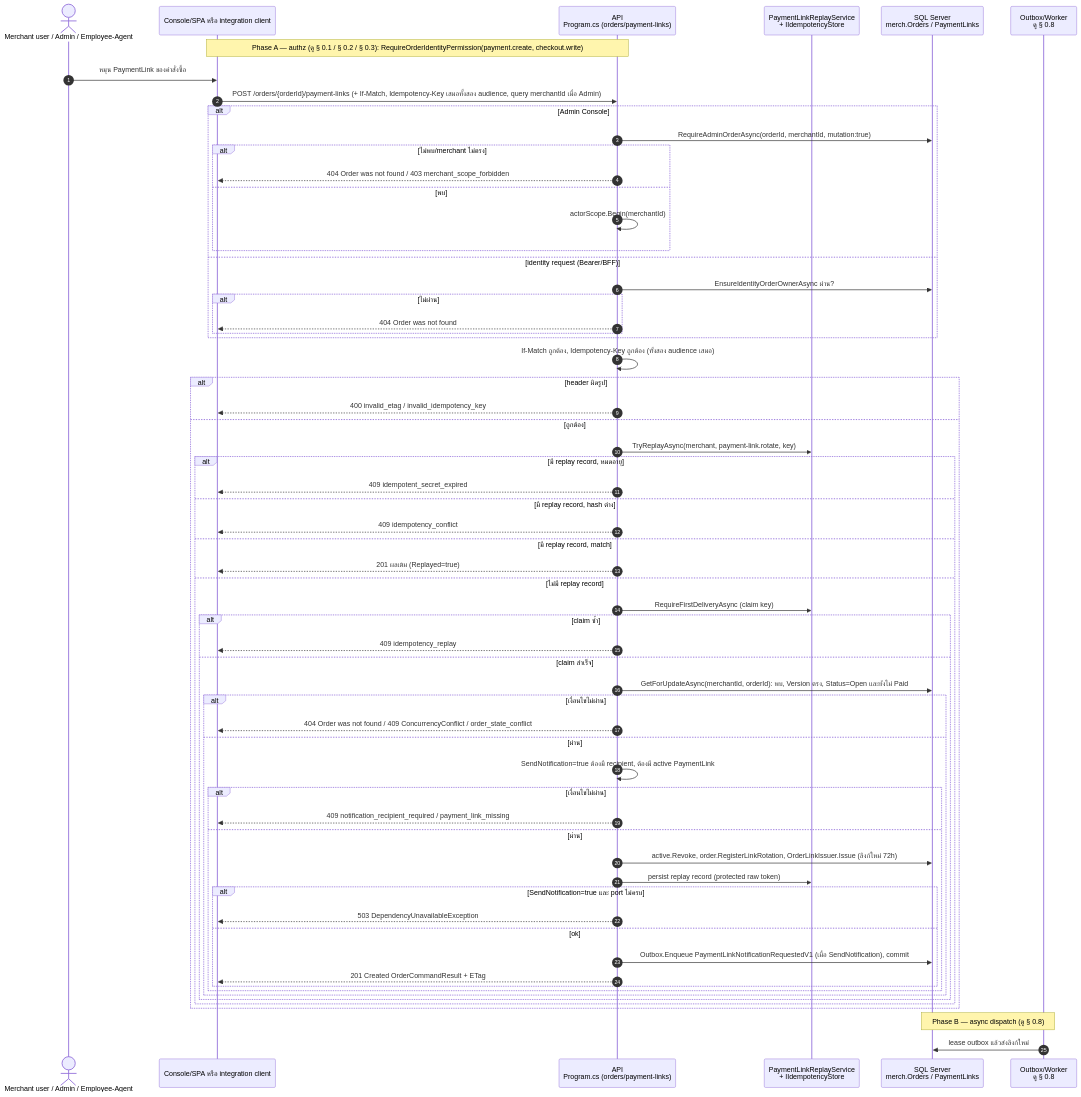
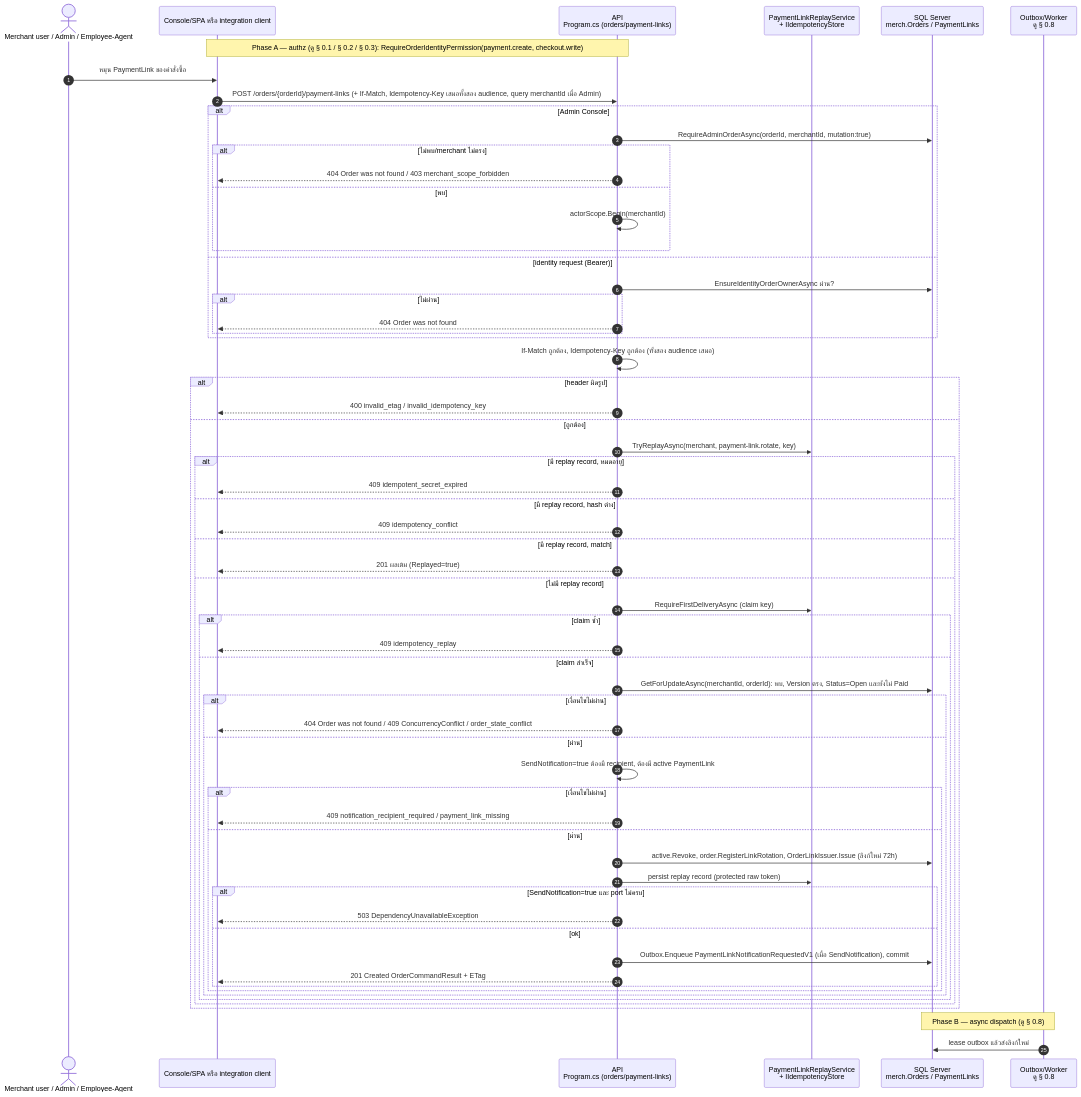
One commit to metrodiesign/pol-core changed the eighth of 10 diagrams in outputs/diagrams/2026-09-14_api-endpoints_v1/04-carts-products-orders.sequences.md. Above: the diagram before and after it, drawn with Mermaid. The commit also changed other lines of this file and 42 other files, not shown here.

First line of the commit message:
docs: align reference docs and the API diagram set with the Bearer-only admin plane

````diff
--- a/outputs/diagrams/2026-09-14_api-endpoints_v1/04-carts-products-orders.sequences.md
+++ b/outputs/diagrams/2026-09-14_api-endpoints_v1/04-carts-products-orders.sequences.md
@@ -548,66 +548,66 @@
 ```mermaid
 sequenceDiagram
     autonumber
     actor U as Merchant user / Admin / Employee-Agent
     participant CON as Console/SPA หรือ integration client
     participant API as API<br/>Program.cs (orders/payment-links)
     participant REPLAY as PaymentLinkReplayService<br/>+ IIdempotencyStore
     participant DB as SQL Server<br/>merch.Orders / PaymentLinks
     participant OB as Outbox/Worker<br/>ดู § 0.8
 
     Note over CON,API: Phase A — authz (ดู § 0.1 / § 0.2 / § 0.3): RequireOrderIdentityPermission(payment.create, checkout.write)
     U->>CON: หมุน PaymentLink ของคำสั่งซื้อ
     CON->>API: POST /orders/{orderId}/payment-links (+ If-Match, Idempotency-Key เสมอทั้งสอง audience, query merchantId เมื่อ Admin)
     alt Admin Console
         API->>DB: RequireAdminOrderAsync(orderId, merchantId, mutation:true)
         alt ไม่พบ/merchant ไม่ตรง
             API-->>CON: 404 Order was not found / 403 merchant_scope_forbidden
         else พบ
             API->>API: actorScope.Begin(merchantId)
         end
-    else identity request (Bearer/BFF)
+    else identity request (Bearer)
         API->>DB: EnsureIdentityOrderOwnerAsync ผ่าน?
         alt ไม่ผ่าน
             API-->>CON: 404 Order was not found
         end
     end
     API->>API: If-Match ถูกต้อง, Idempotency-Key ถูกต้อง (ทั้งสอง audience เสมอ)
     alt header ผิดรูป
         API-->>CON: 400 invalid_etag / invalid_idempotency_key
     else ถูกต้อง
         API->>REPLAY: TryReplayAsync(merchant, payment-link.rotate, key)
         alt มี replay record, หมดอายุ
             API-->>CON: 409 idempotent_secret_expired
         else มี replay record, hash ต่าง
             API-->>CON: 409 idempotency_conflict
         else มี replay record, match
             API-->>CON: 201 ผลเดิม (Replayed=true)
         else ไม่มี replay record
             API->>REPLAY: RequireFirstDeliveryAsync (claim key)
             alt claim ซ้ำ
                 API-->>CON: 409 idempotency_replay
             else claim สำเร็จ
                 API->>DB: GetForUpdateAsync(merchantId, orderId): พบ, Version ตรง, Status=Open และยังไม่ Paid
                 alt เงื่อนไขไม่ผ่าน
                     API-->>CON: 404 Order was not found / 409 ConcurrencyConflict / order_state_conflict
                 else ผ่าน
                     API->>API: SendNotification=true ต้องมี recipient, ต้องมี active PaymentLink
                     alt เงื่อนไขไม่ผ่าน
                         API-->>CON: 409 notification_recipient_required / payment_link_missing
                     else ผ่าน
                         API->>DB: active.Revoke, order.RegisterLinkRotation, OrderLinkIssuer.Issue (ลิงก์ใหม่ 72h)
                         API->>REPLAY: persist replay record (protected raw token)
                         alt SendNotification=true และ port ไม่ครบ
                             API-->>CON: 503 DependencyUnavailableException
                         else ok
                             API->>DB: Outbox.Enqueue PaymentLinkNotificationRequestedV1 (เมื่อ SendNotification), commit
                             API-->>CON: 201 Created OrderCommandResult + ETag
                         end
                     end
                 end
             end
         end
     end
     Note over OB,DB: Phase B — async dispatch (ดู § 0.8)
     OB->>DB: lease outbox แล้วส่งลิงก์ใหม่
 ```
````
